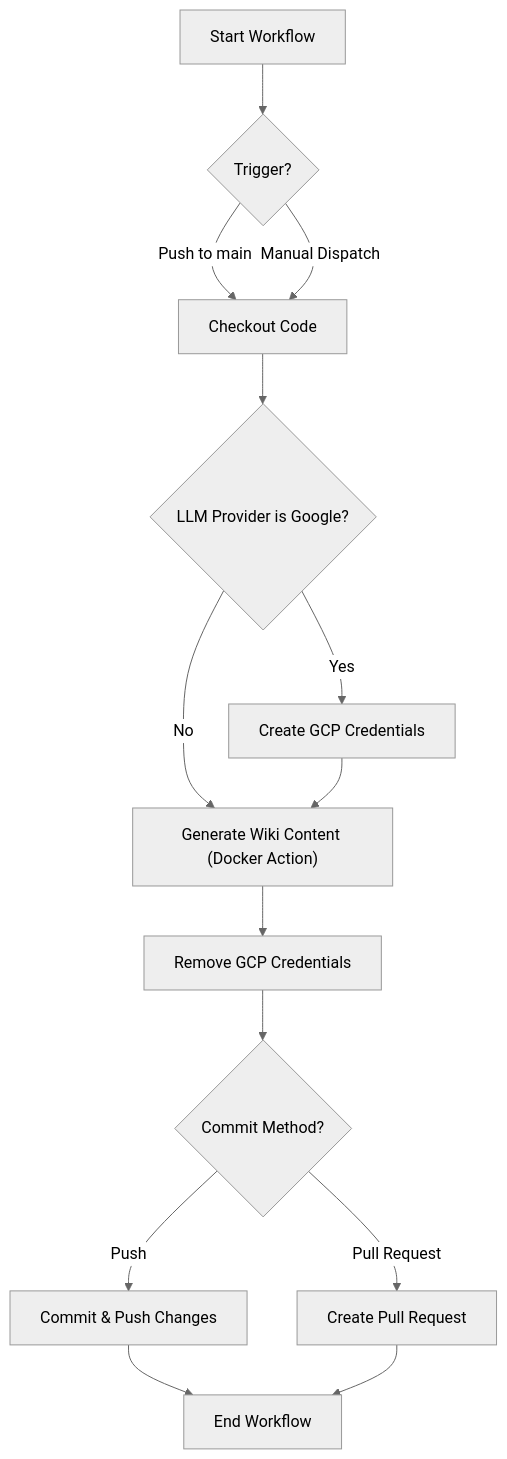
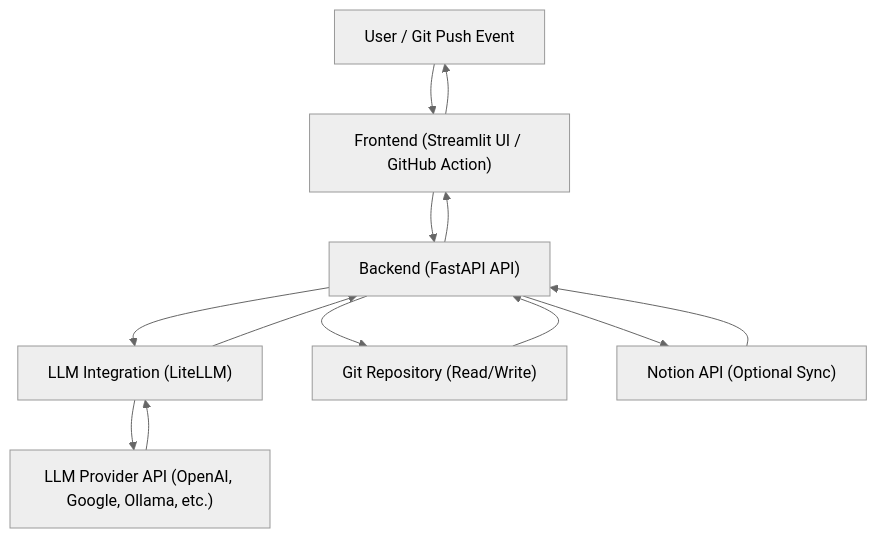
Before and after one commit to catuscio/wiki-as-readme: the first of 19 diagrams in examples/wiki_as_README.md, drawn with Mermaid (neutral theme). The commit also changed other lines of this file, not shown here.

Commit message:
✨📚 Update examples/wiki_as_README.md via Wiki-As-Readme Action (en)

````diff
--- a/examples/wiki_as_README.md
+++ b/examples/wiki_as_README.md
@@ -126,16 +146,15 @@
 ```mermaid
 graph TD
-    A["Start Workflow"] --> B{"Trigger?"}
-    B -- "Push to main" --> C["Checkout Code"]
-    B -- "Manual Dispatch" --> C
-    C --> D{"LLM Provider is Google?"}
-    D -- "Yes" --> E["Create GCP Credentials"]
-    D -- "No" --> F["Generate Wiki Content (Docker Action)"]
-    E --> F
-    F --> G["Remove GCP Credentials"]
-    G --> H{"Commit Method?"}
-    H -- "Push" --> I["Commit & Push Changes"]
-    H -- "Pull Request" --> J["Create Pull Request"]
-    I --> K["End Workflow"]
-    J --> K
+    A["User / Git Push Event"] --> B["Frontend (Streamlit UI / GitHub Action)"]
+    B --> C["Backend (FastAPI API)"]
+    C --> D["LLM Integration (LiteLLM)"]
+    D --> E["LLM Provider API (OpenAI, Google, Ollama, etc.)"]
+    E --> D
+    D --> C
+    C --> F["Git Repository (Read/Write)"]
+    C --> G["Notion API (Optional Sync)"]
+    F --> C
+    G --> C
+    C --> B
+    B --> A
 ```
````
